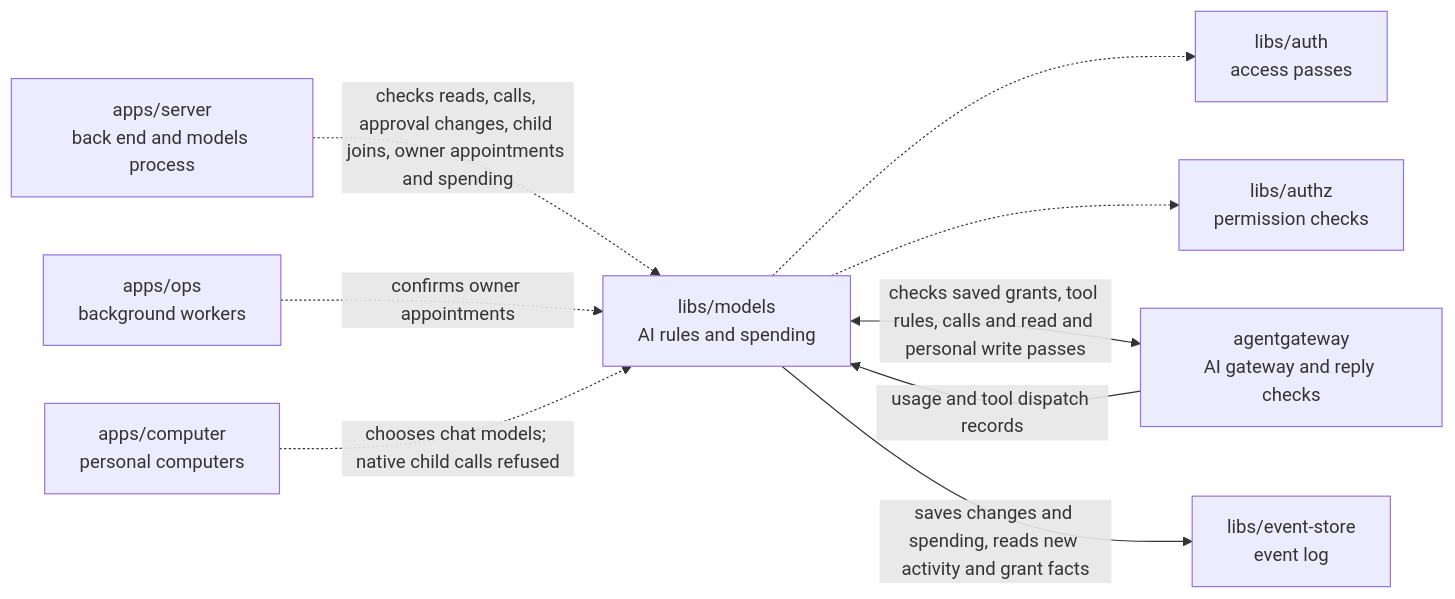
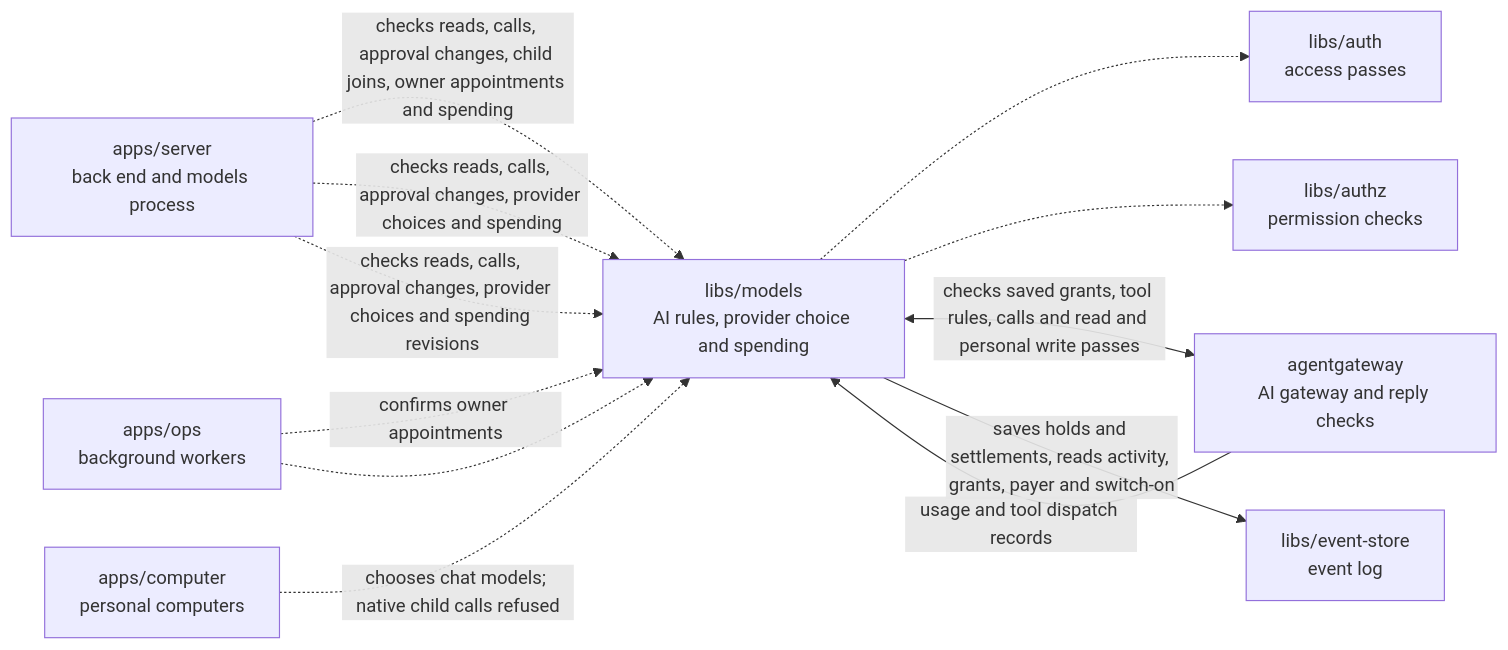
The diagram in libs/models/README.md (elewa-git/opencrane-new), drawn with Mermaid before and after one commit. The commit also changed other lines of this file and 25 other files, not shown here.

First line of the commit message:
🔀 New turns follow the saved provider choice after a recorded switch-on, and spending limits stay editable (#307)

````diff
--- a/libs/models/README.md
+++ b/libs/models/README.md
@@ -11,11 +11,14 @@
 ```mermaid
 flowchart LR
   server["apps/server<br/>back end and models process"] -.->|checks reads, calls, approval changes, child joins, owner appointments and spending| models["libs/models<br/>AI rules and spending"]
   ops["apps/ops<br/>background workers"] -.->|confirms owner appointments| models
+  server["apps/server<br/>back end and models process"] -.->|checks reads, calls, approval changes, provider choices and spending| models["libs/models<br/>AI rules and provider choice"]
+  server["apps/server<br/>back end and models process"] -.->|checks reads, calls, approval changes, provider choices and spending revisions| models["libs/models<br/>AI rules, provider choice and spending"]
+  ops["apps/ops<br/>background workers"] -.-> models
   computer["apps/computer<br/>personal computers"] -.->|chooses chat models; native child calls refused| models
   models -.-> auth["libs/auth<br/>access passes"]
   models -.-> authz["libs/authz<br/>permission checks"]
   models <-->|checks saved grants, tool rules, calls and read and personal write passes| gateway["agentgateway<br/>AI gateway and reply checks"]
   gateway -->|usage and tool dispatch records| models
-  models -->|saves changes and spending, reads new activity and grant facts| store["libs/event-store<br/>event log"]
+  models -->|saves holds and settlements, reads activity, grants, payer and switch-on| store["libs/event-store<br/>event log"]
 ```
````
